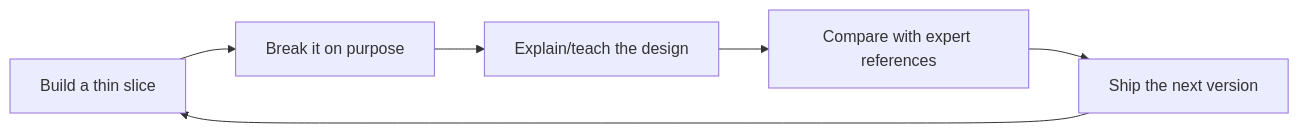
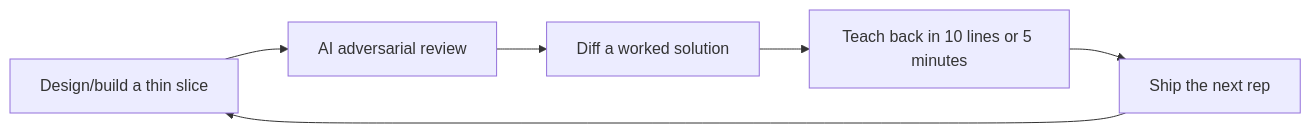
The diagram in README.md (trippyogi/systems-design-knowledge-speedrun), drawn with Mermaid before and after one commit. The commit also changed other lines of this file and 31 other files, not shown here.

````diff
--- a/README.md
+++ b/README.md
@@ -39,8 +11,8 @@
 ```mermaid
 flowchart LR
-  A[Build a thin slice] --> B[Break it on purpose]
-  B --> C[Explain/teach the design]
-  C --> D[Compare with expert references]
-  D --> E[Ship the next version]
+  A[Design/build a thin slice] --> B[AI adversarial review]
+  B --> C[Diff a worked solution]
+  C --> D[Teach back in 10 lines or 5 minutes]
+  D --> E[Ship the next rep]
   E --> A
 ```
````
